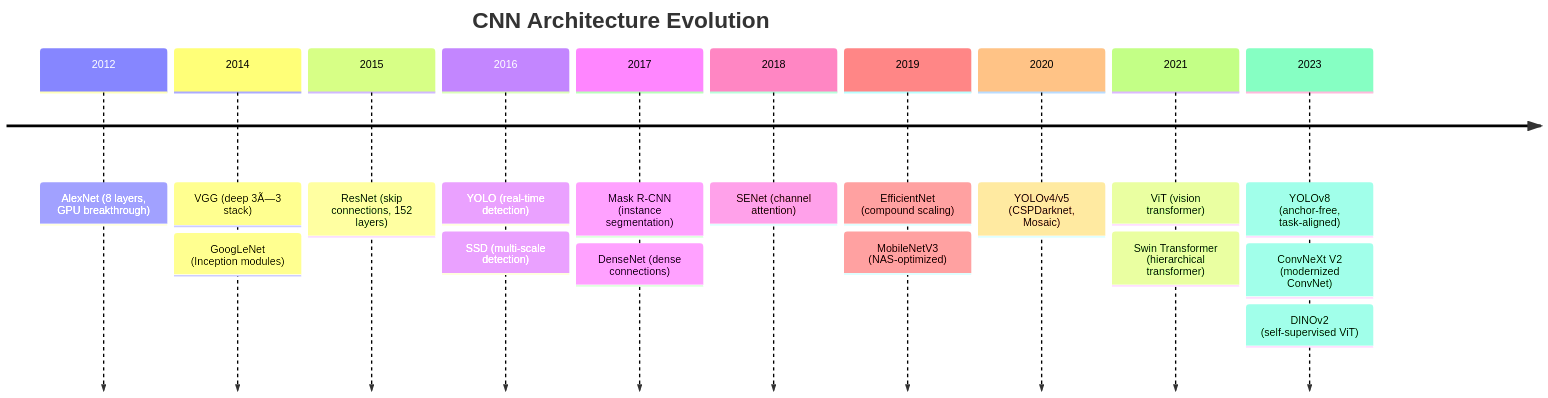
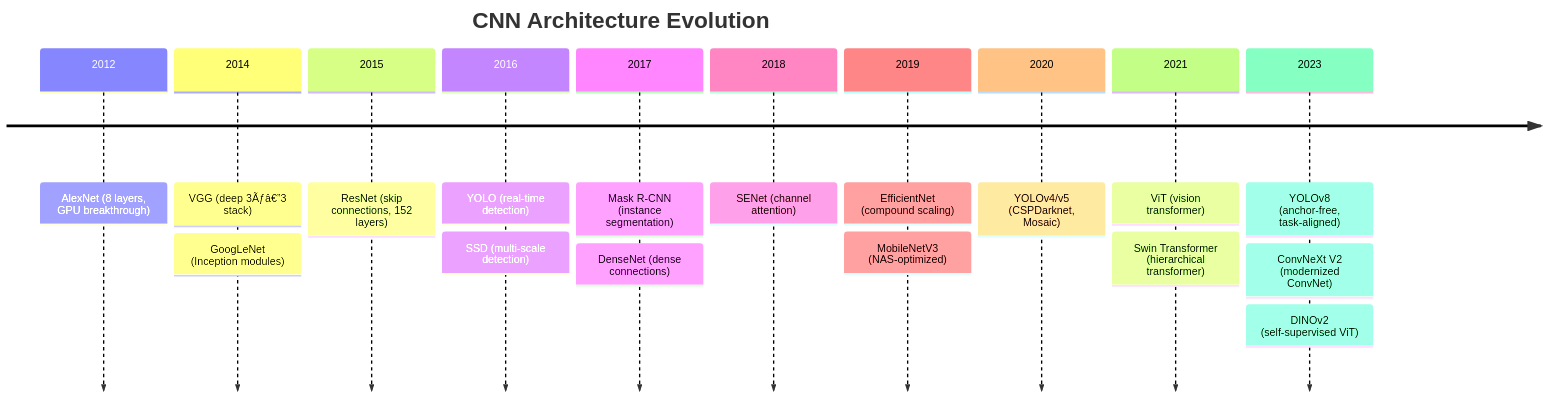
Before and after one commit to Raushan666java/ai-engineering-journey: the second of 2 diagrams in docs/courses/artificial-intelligence/13-computer-vision.md, drawn with Mermaid. The commit also changed other lines of this file and 735 other files, not shown here.

````diff
--- a/docs/courses/artificial-intelligence/13-computer-vision.md
+++ b/docs/courses/artificial-intelligence/13-computer-vision.md
@@ -1436,21 +1436,21 @@
 ```mermaid
 timeline
     title CNN Architecture Evolution
     2012 : AlexNet (8 layers, GPU breakthrough)
-    2014 : VGG (deep 3Ã—3 stack)
+    2014 : VGG (deep 3Ãƒâ€”3 stack)
          : GoogLeNet (Inception modules)
     2015 : ResNet (skip connections, 152 layers)
     2016 : YOLO (real-time detection)
          : SSD (multi-scale detection)
     2017 : Mask R-CNN (instance segmentation)
          : DenseNet (dense connections)
     2018 : SENet (channel attention)
     2019 : EfficientNet (compound scaling)
          : MobileNetV3 (NAS-optimized)
     2020 : YOLOv4/v5 (CSPDarknet, Mosaic)
     2021 : ViT (vision transformer)
          : Swin Transformer (hierarchical transformer)
     2023 : YOLOv8 (anchor-free, task-aligned)
          : ConvNeXt V2 (modernized ConvNet)
          : DINOv2 (self-supervised ViT)
 ```
````
